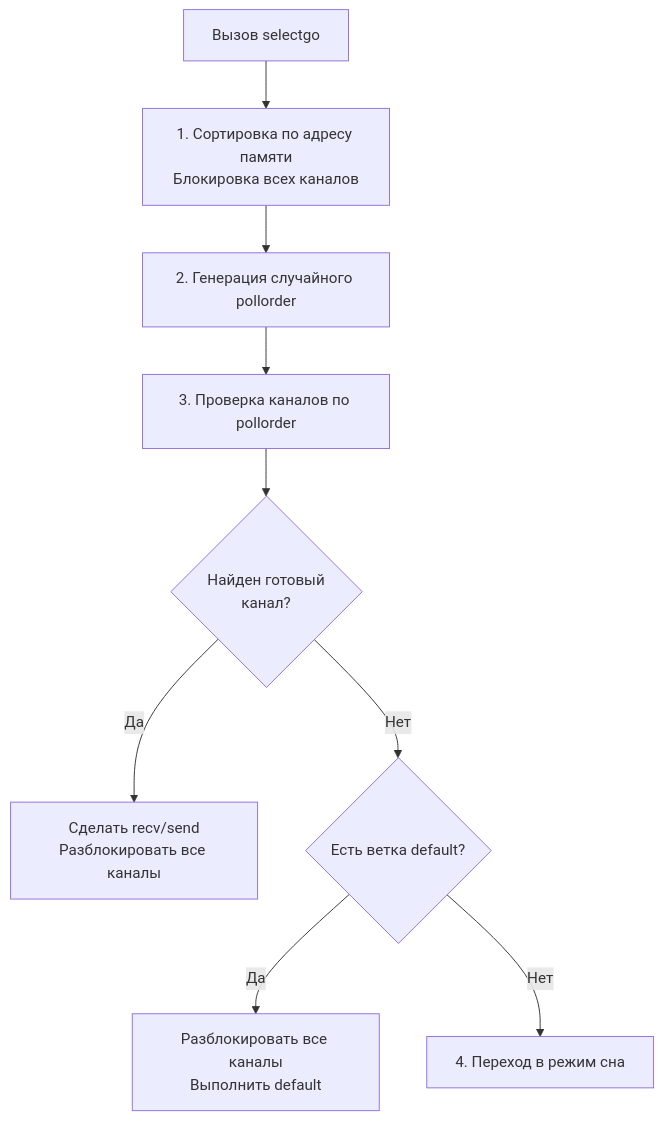
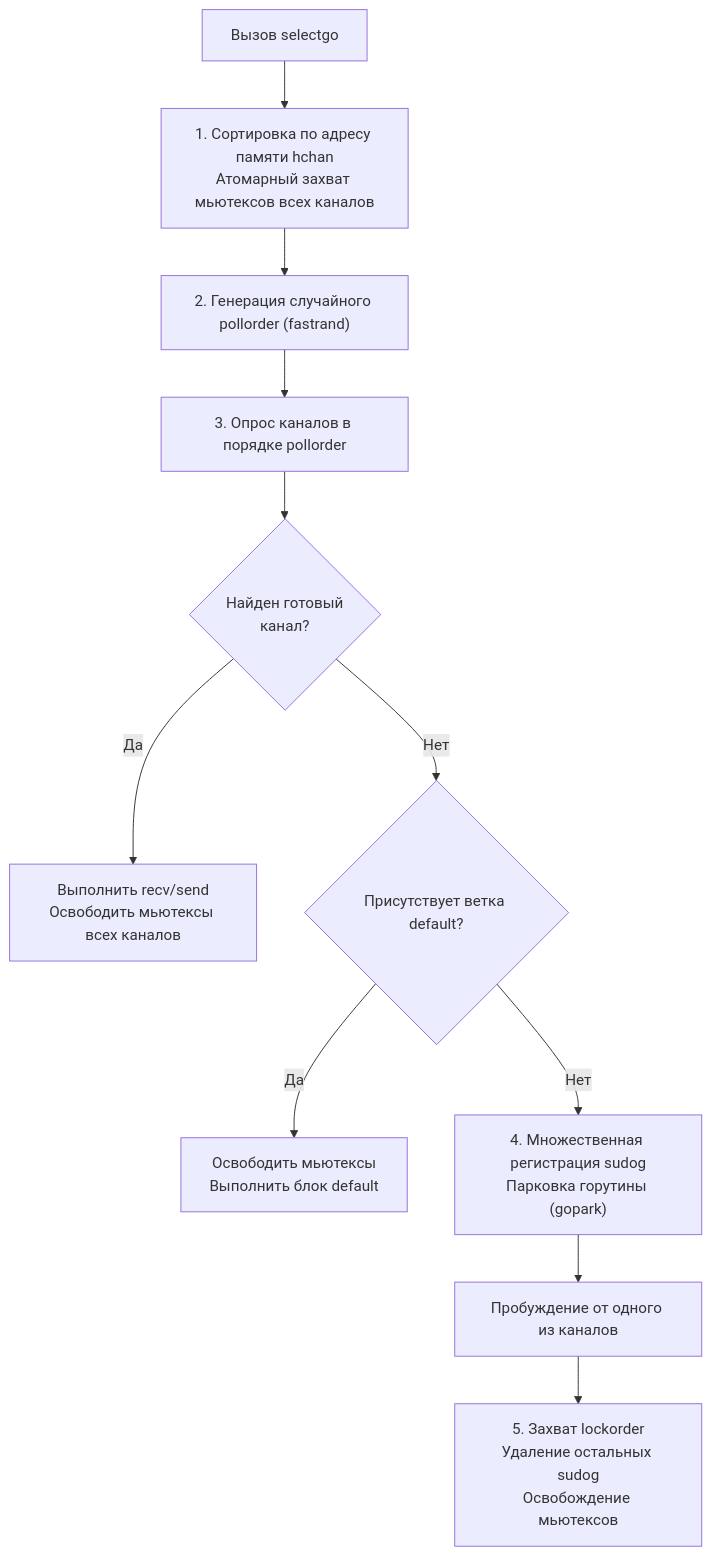
The diagram in sources/7. Глубокий Go (Внутреннее устройство)/14. Select под капотом.md (UnrealTemplier/go-textbook), drawn with Mermaid before and after one commit. The commit also changed other lines of this file, not shown here.

````diff
--- a/sources/7. Глубокий Go (Внутреннее устройство)/14. Select под капотом.md
+++ b/sources/7. Глубокий Go (Внутреннее устройство)/14. Select под капотом.md
@@ -59,14 +40,16 @@
 ```mermaid
 flowchart TD
-    START["Вызов selectgo"] --> LOCK["1. Сортировка по адресу памяти<br>Блокировка всех каналов"]
-    LOCK --> SHUFFLE["2. Генерация случайного pollorder"]
-    SHUFFLE --> POLL["3. Проверка каналов по pollorder"]
+    START["Вызов selectgo"] --> LOCK["1. Сортировка по адресу памяти hchan<br>Атомарный захват мьютексов всех каналов"]
+    LOCK --> SHUFFLE["2. Генерация случайного pollorder (fastrand)"]
+    SHUFFLE --> POLL["3. Опрос каналов в порядке pollorder"]
     
     POLL --> READY{"Найден готовый<br>канал?"}
-    READY -->|"Да"| DO_OP["Сделать recv/send<br>Разблокировать все каналы"]
+    READY -->|"Да"| DO_OP["Выполнить recv/send<br>Освободить мьютексы всех каналов"]
     
-    READY -->|"Нет"| HAS_DEF{"Есть ветка default?"}
-    HAS_DEF -->|"Да"| DO_DEF["Разблокировать все каналы<br>Выполнить default"]
+    READY -->|"Нет"| HAS_DEF{"Присутствует ветка default?"}
+    HAS_DEF -->|"Да"| DO_DEF["Освободить мьютексы<br>Выполнить блок default"]
     
-    HAS_DEF -->|"Нет"| SLEEP["4. Переход в режим сна"]
+    HAS_DEF -->|"Нет"| SLEEP["4. Множественная регистрация sudog<br>Парковка горутины (gopark)"]
+    SLEEP --> WAKE["Пробуждение от одного из каналов"]
+    WAKE --> CLEANUP["5. Захват lockorder<br>Удаление остальных sudog<br>Освобождение мьютексов"]
 ```
````
